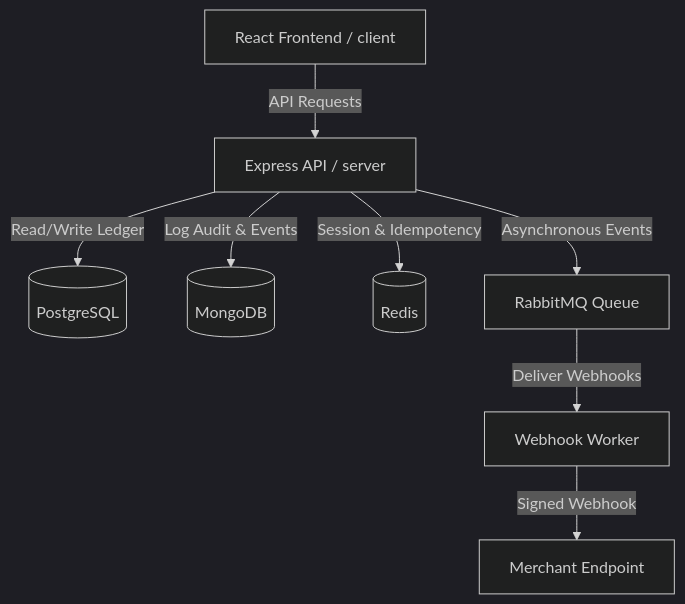
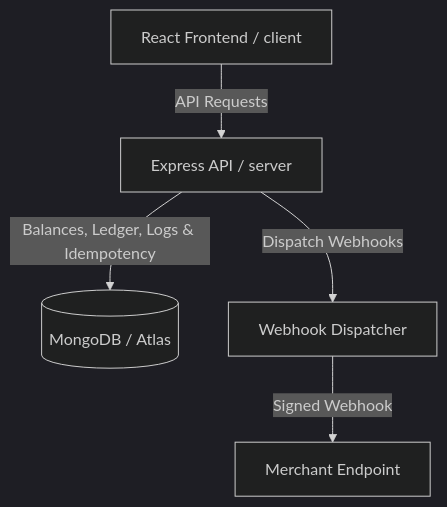
Before and after one commit to Anvesh-999/FinCore: the diagram in README.md, drawn with Mermaid (dark theme). The commit also changed other lines of this file and 30 other files, not shown here.

Commit message:
Migrate database architecture to MongoDB and clean up tracked settings

````diff
--- a/README.md
+++ b/README.md
@@ -33,10 +31,7 @@
 ```mermaid
 graph TD
     Client[React Frontend / client] -->|API Requests| API[Express API / server]
-    API -->|Read/Write Ledger| Postgres[(PostgreSQL)]
-    API -->|Log Audit & Events| Mongo[(MongoDB)]
-    API -->|Session & Idempotency| Redis[(Redis)]
-    API -->|Asynchronous Events| Rabbit[RabbitMQ Queue]
-    Rabbit -->|Deliver Webhooks| Worker[Webhook Worker]
-    Worker -->|Signed Webhook| Merchant[Merchant Endpoint]
+    API -->|Balances, Ledger, Logs & Idempotency| Mongo[(MongoDB / Atlas)]
+    API -->|Dispatch Webhooks| Webhooks[Webhook Dispatcher]
+    Webhooks -->|Signed Webhook| Merchant[Merchant Endpoint]
 ```
````
